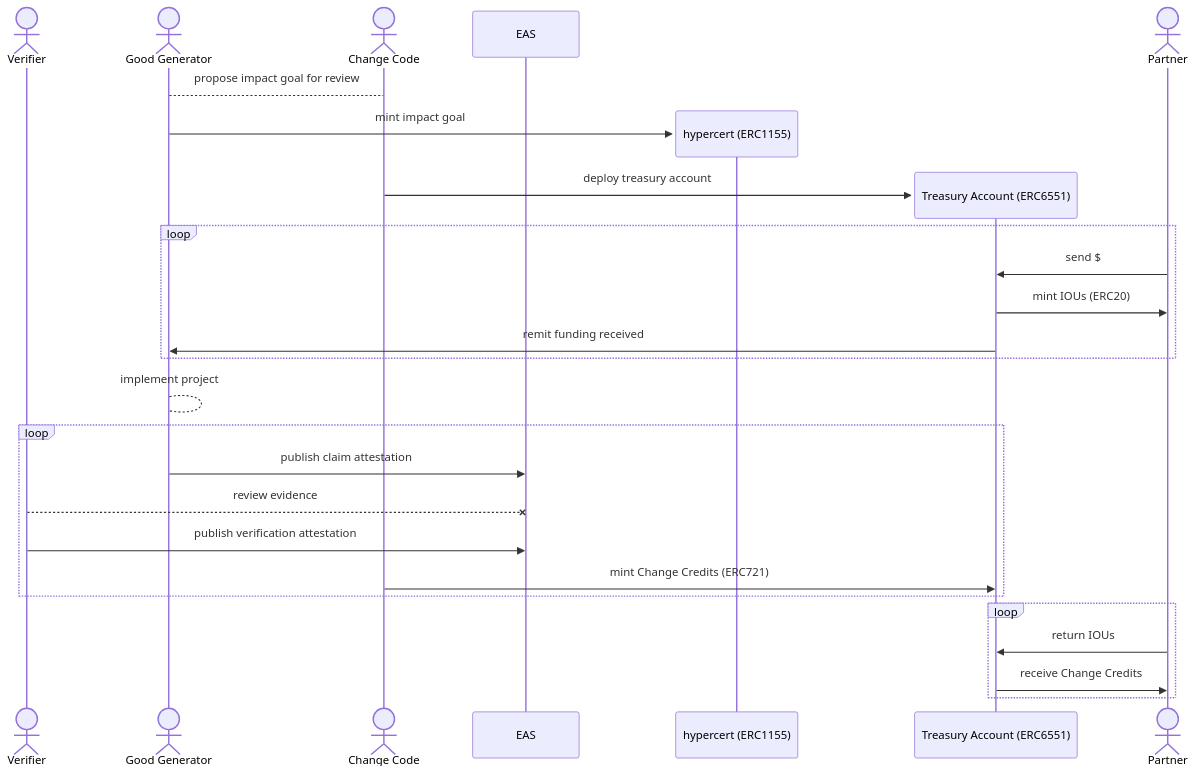
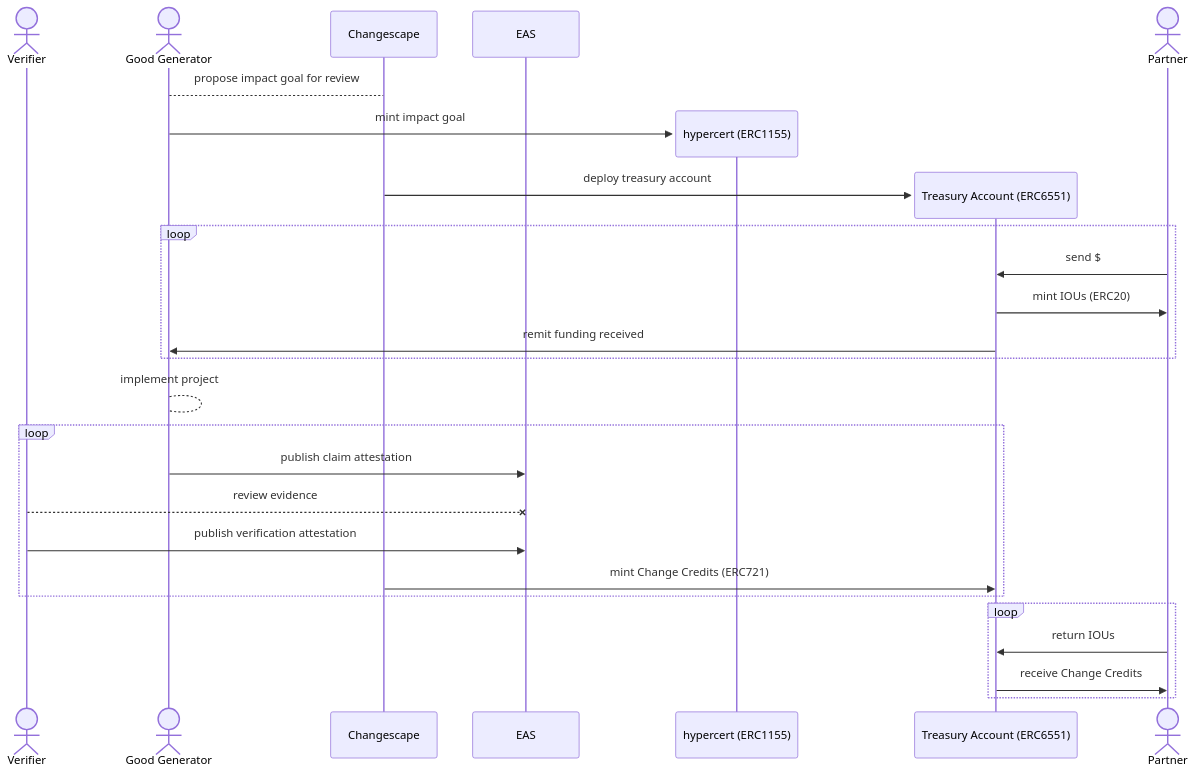
One commit to change-code-io/docs changed the diagram in change-credits/cc-minting.md. Above: the diagram before and after it, drawn with Mermaid. The commit also changed other lines of this file and 4 other files, not shown here.

Commit message:
clean-up of previous sections to better align with money minting flow

````diff
--- a/change-credits/cc-minting.md
+++ b/change-credits/cc-minting.md
@@ -24,30 +24,29 @@
 ```mermaid
 sequenceDiagram
     actor Verifier
     actor Good Generator
-    actor Change Code
-    Good Generator-->Change Code: propose impact goal for review
+    participant Changescape
+    Good Generator-->Changescape: propose impact goal for review
     participant EAS
     create participant hypercert (ERC1155)
     Good Generator->>hypercert (ERC1155): mint impact goal
-    actor Change Code
     create participant Treasury Account (ERC6551)
-    Change Code->>Treasury Account (ERC6551): deploy treasury account
+    Changescape->>Treasury Account (ERC6551): deploy treasury account
     actor Partner
     loop
         Partner->>Treasury Account (ERC6551): send $
         Treasury Account (ERC6551)->>Partner: mint IOUs (ERC20)
         Treasury Account (ERC6551)->>Good Generator: remit funding received
     end
     Good Generator-->Good Generator: implement project
     loop
         Good Generator->>EAS: publish claim attestation
         Verifier--xEAS: review evidence
         Verifier->>EAS: publish verification attestation
-        Change Code->>Treasury Account (ERC6551): mint Change Credits (ERC721)
+        Changescape->>Treasury Account (ERC6551): mint Change Credits (ERC721)
     end
     Loop
         Partner->>Treasury Account (ERC6551): return IOUs
         Treasury Account (ERC6551)->>Partner: receive Change Credits
     end
 ```
````
